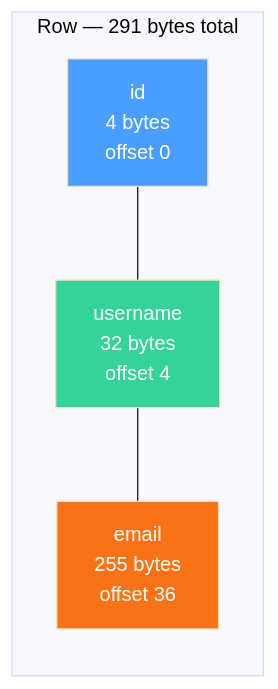
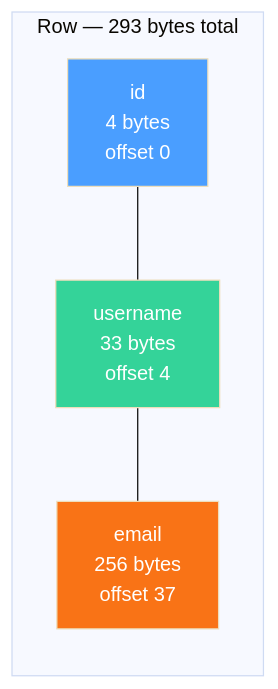
Before and after one commit to SuhelMehta9/custom-database: the first of 6 diagrams in blog/part3-storing-data.md, drawn with Mermaid (base theme). The commit also changed other lines of this file and 3 other files, not shown here.

````diff
--- a/blog/part3-storing-data.md
+++ b/blog/part3-storing-data.md
@@ -196,13 +196,13 @@
 ```mermaid
 graph LR
-    subgraph Row["Row — 291 bytes total"]
+    subgraph Row["Row — 293 bytes total"]
         A["id<br/>4 bytes<br/>offset 0"]
-        B["username<br/>32 bytes<br/>offset 4"]
-        C["email<br/>255 bytes<br/>offset 36"]
+        B["username<br/>33 bytes<br/>offset 4"]
+        C["email<br/>256 bytes<br/>offset 37"]
     end
     A --- B --- C
 
     style A fill:#4a9eff,color:#fff
     style B fill:#34d399,color:#fff
     style C fill:#f97316,color:#fff
 ```
````
